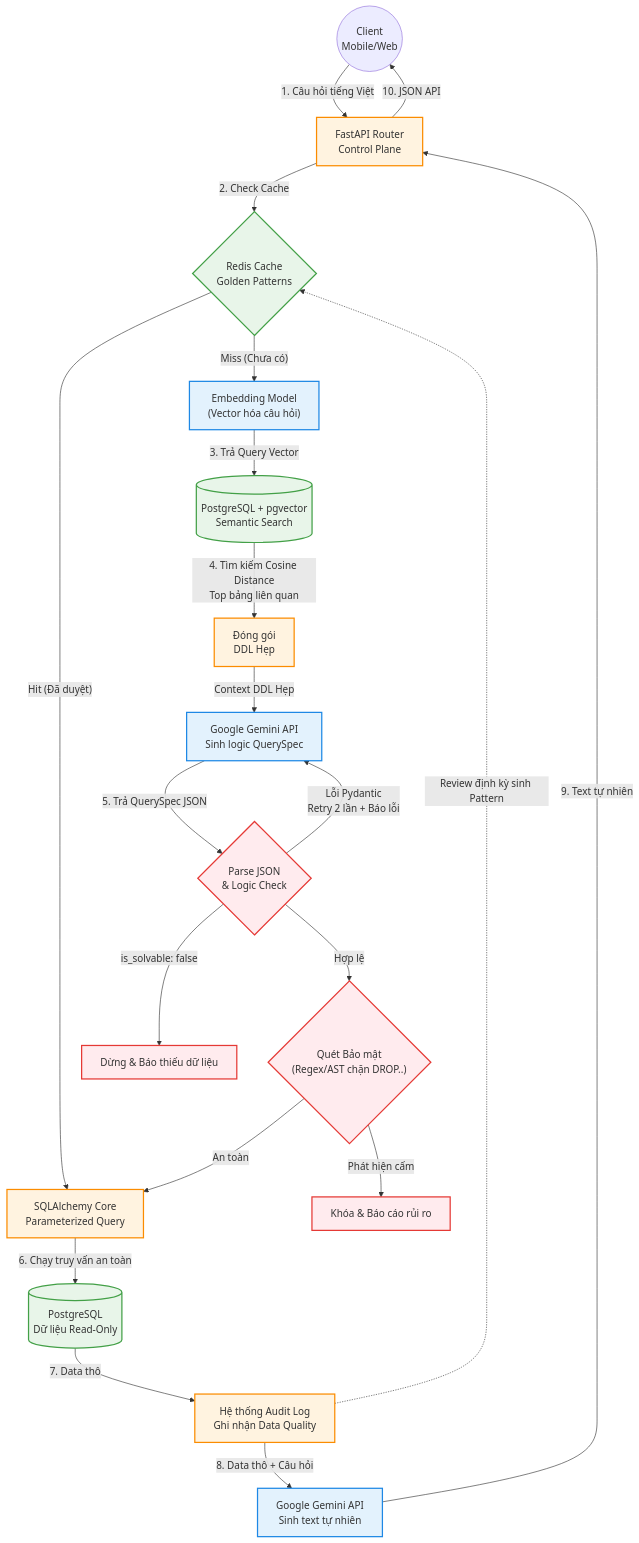
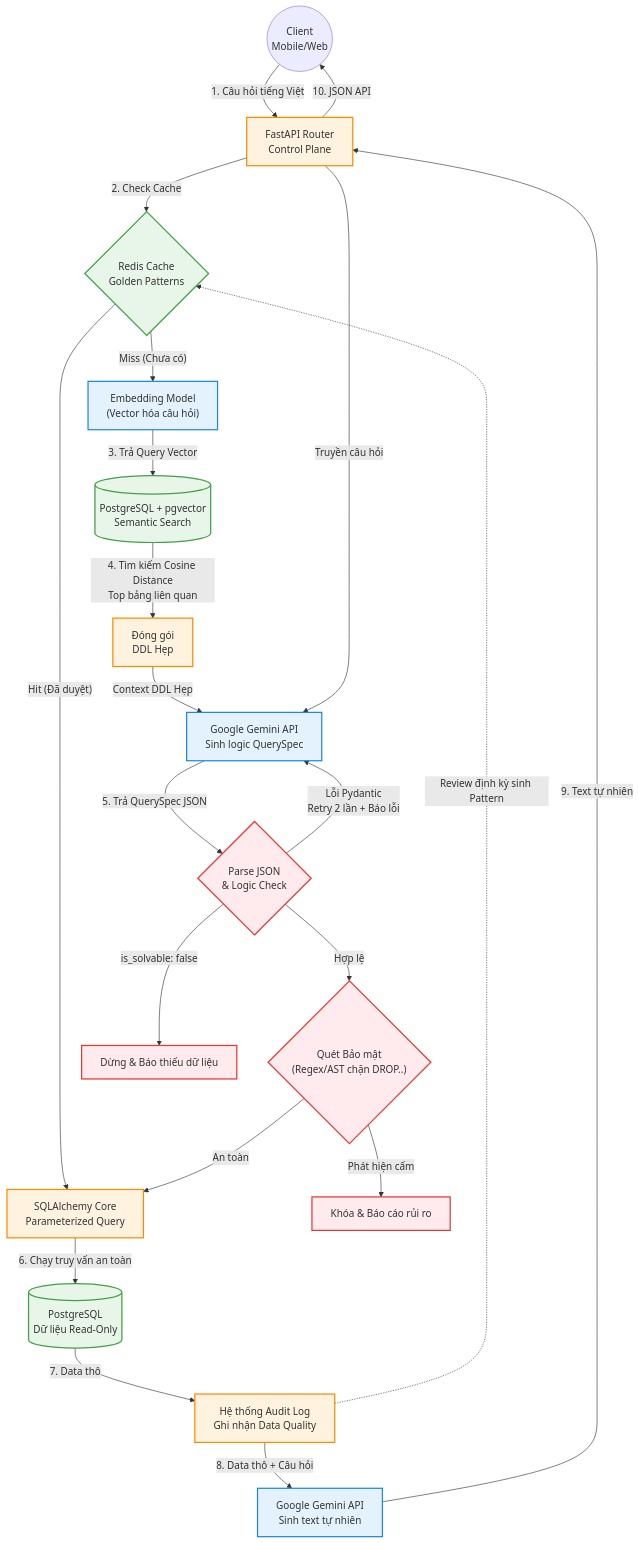
One commit to TrongNamNguyen/Chat_Widget changed the diagram in workflow_1.md. Above: the diagram before and after it, drawn with Mermaid.

````diff
--- a/workflow_1.md
+++ b/workflow_1.md
@@ -1,64 +1,64 @@
 ```mermaid
 graph TD
     %% Định nghĩa Node
     User(("Client<br/>Mobile/Web"))
     Router["FastAPI Router<br/>Control Plane"]
     Cache{"Redis Cache<br/>Golden Patterns"}
 
     Embedder["Embedding Model<br/>(Vector hóa câu hỏi)"]
     VectorDB[("PostgreSQL + pgvector<br/>Semantic Search")]
     ContextBuilder["Đóng gói<br/>DDL Hẹp"]
 
     Gemini1["Google Gemini API<br/>Sinh logic QuerySpec"]
     Retry{"Parse JSON<br/>& Logic Check"}
 
     Security{"Quét Bảo mật<br/>(Regex/AST chặn DROP..)"}
     SQLBuilder["SQLAlchemy Core<br/>Parameterized Query"]
     DB[("PostgreSQL<br/>Dữ liệu Read-Only")]
 
     Logger["Hệ thống Audit Log<br/>Ghi nhận Data Quality"]
     Gemini2["Google Gemini API<br/>Sinh text tự nhiên"]
     Abort["Dừng & Báo thiếu dữ liệu"]
     Block["Khóa & Báo cáo rủi ro"]
 
     %% Luồng đi
     User -->|"1. Câu hỏi tiếng Việt"| Router
     Router -->|"2. Check Cache"| Cache
 
     Cache -->|"Hit (Đã duyệt)"| SQLBuilder
     Cache -->|"Miss (Chưa có)"| Embedder
 
     Embedder -->|"3. Trả Query Vector"| VectorDB
     VectorDB -->|"4. Tìm kiếm Cosine Distance<br/>Top bảng liên quan"| ContextBuilder
     ContextBuilder -->|"Context DDL Hẹp"| Gemini1
 
-
+    Router -->|"Truyền câu hỏi"| Gemini1
 
     Gemini1 -->|"5. Trả QuerySpec JSON"| Retry
     Retry -->|"Lỗi Pydantic<br/>Retry 2 lần + Báo lỗi"| Gemini1
     Retry -->|"is_solvable: false"| Abort
     Retry -->|"Hợp lệ"| Security
 
     Security -->|"Phát hiện cấm"| Block
     Security -->|"An toàn"| SQLBuilder
 
     SQLBuilder -->|"6. Chạy truy vấn an toàn"| DB
     DB -->|"7. Data thô"| Logger
 
     Logger -.->|"Review định kỳ sinh Pattern"| Cache
     Logger -->|"8. Data thô + Câu hỏi"| Gemini2
     Gemini2 -->|"9. Text tự nhiên"| Router
 
     Router -->|"10. JSON API"| User
 
     %% Styling
     classDef ai fill:#e3f2fd,stroke:#1e88e5,stroke-width:2px;
     classDef db fill:#e8f5e9,stroke:#43a047,stroke-width:2px;
     classDef core fill:#fff3e0,stroke:#fb8c00,stroke-width:2px;
     classDef danger fill:#ffebee,stroke:#e53935,stroke-width:2px;
 
     class Gemini1,Gemini2,Embedder ai;
     class VectorDB,DB,Cache db;
     class Router,ContextBuilder,SQLBuilder,Logger core;
     class Security,Retry,Abort,Block danger;
 ```
````
